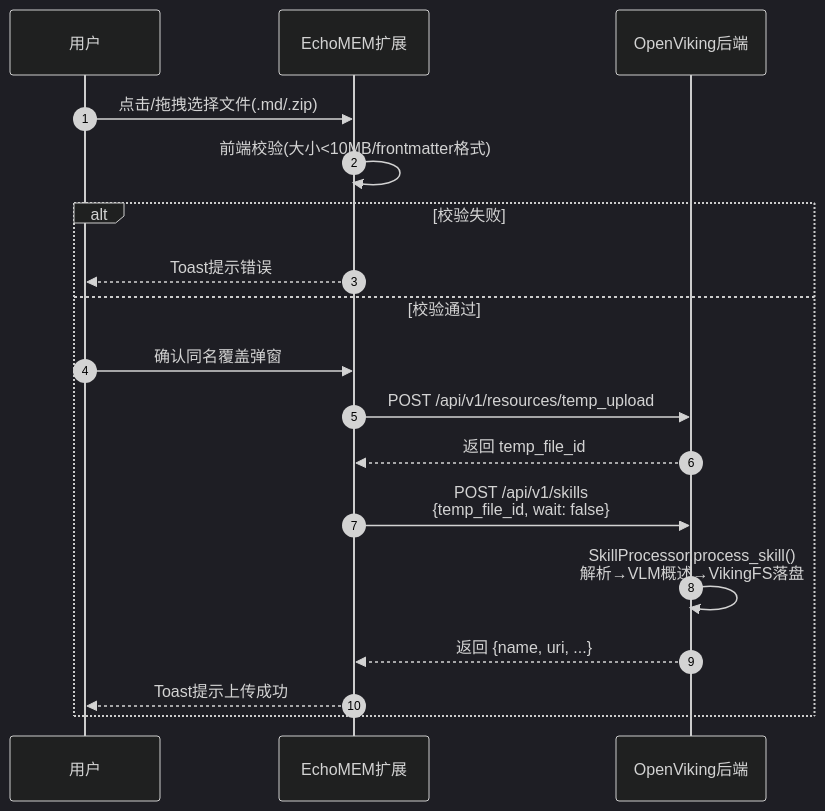
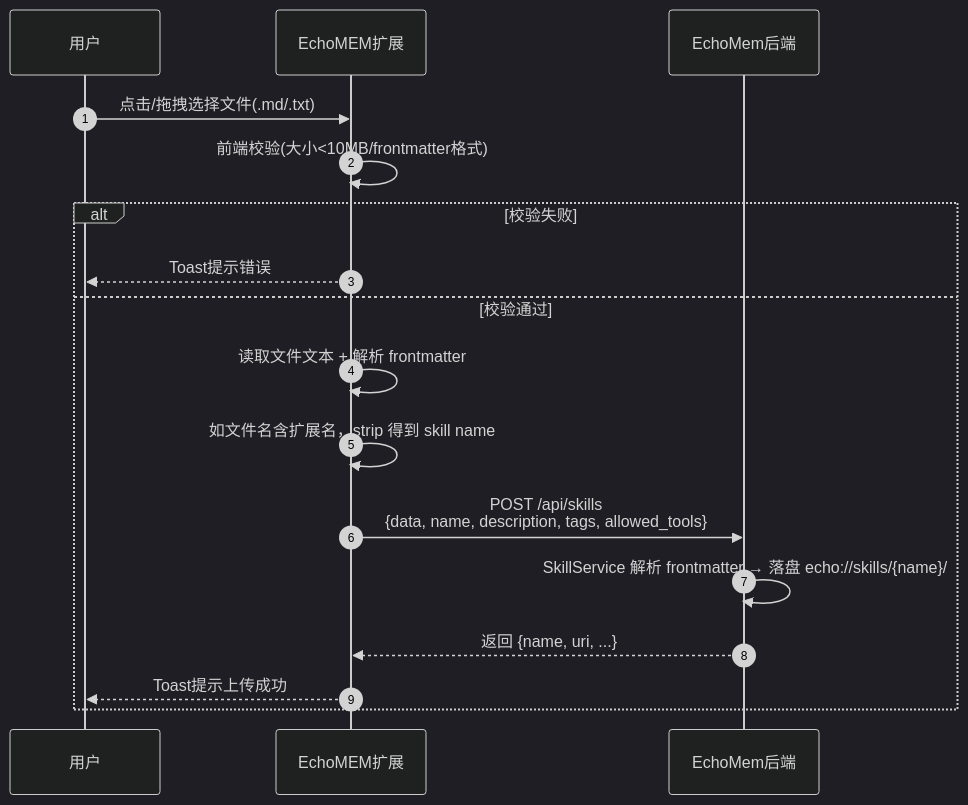
Before and after one commit to WawaGuess/EchoMEM-WEB-EXTENSION: the diagram in docs/flows/skill-store/上传流程.md, drawn with Mermaid (dark theme). The commit also changed other lines of this file and 19 other files, not shown here.

First line of the commit message:
feat: EchoMem 后端迁移二期完成（资源/Skill 管理）

````diff
--- a/docs/flows/skill-store/上传流程.md
+++ b/docs/flows/skill-store/上传流程.md
@@ -21,21 +21,20 @@
 ```mermaid
 sequenceDiagram
     autonumber
     participant U as 用户
     participant E as EchoMEM扩展
-    participant OV as OpenViking后端
+    participant EM as EchoMem后端
 
-    U->>E: 点击/拖拽选择文件(.md/.zip)
+    U->>E: 点击/拖拽选择文件(.md/.txt)
     E->>E: 前端校验(大小<10MB/frontmatter格式)
     alt 校验失败
         E-->>U: Toast提示错误
     else 校验通过
-        U->>E: 确认同名覆盖弹窗
-        E->>OV: POST /api/v1/resources/temp_upload
-        OV-->>E: 返回 temp_file_id
-        E->>OV: POST /api/v1/skills<br/>{temp_file_id, wait: false}
-        OV->>OV: SkillProcessor.process_skill()<br/>解析→VLM概述→VikingFS落盘
-        OV-->>E: 返回 {name, uri, ...}
+        E->>E: 读取文件文本 + 解析 frontmatter
+        E->>E: 如文件名含扩展名，strip 得到 skill name
+        E->>EM: POST /api/skills<br/>{data, name, description, tags, allowed_tools}
+        EM->>EM: SkillService 解析 frontmatter → 落盘 echo://skills/{name}/
+        EM-->>E: 返回 {name, uri, ...}
         E-->>U: Toast提示上传成功
     end
 ```
````
